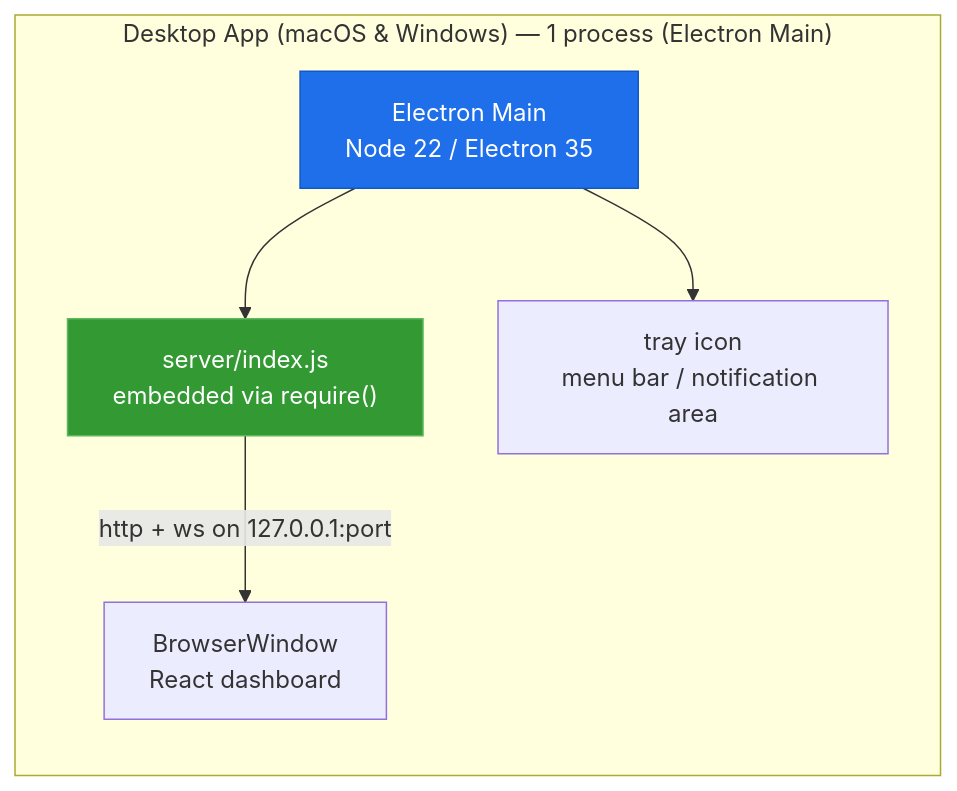
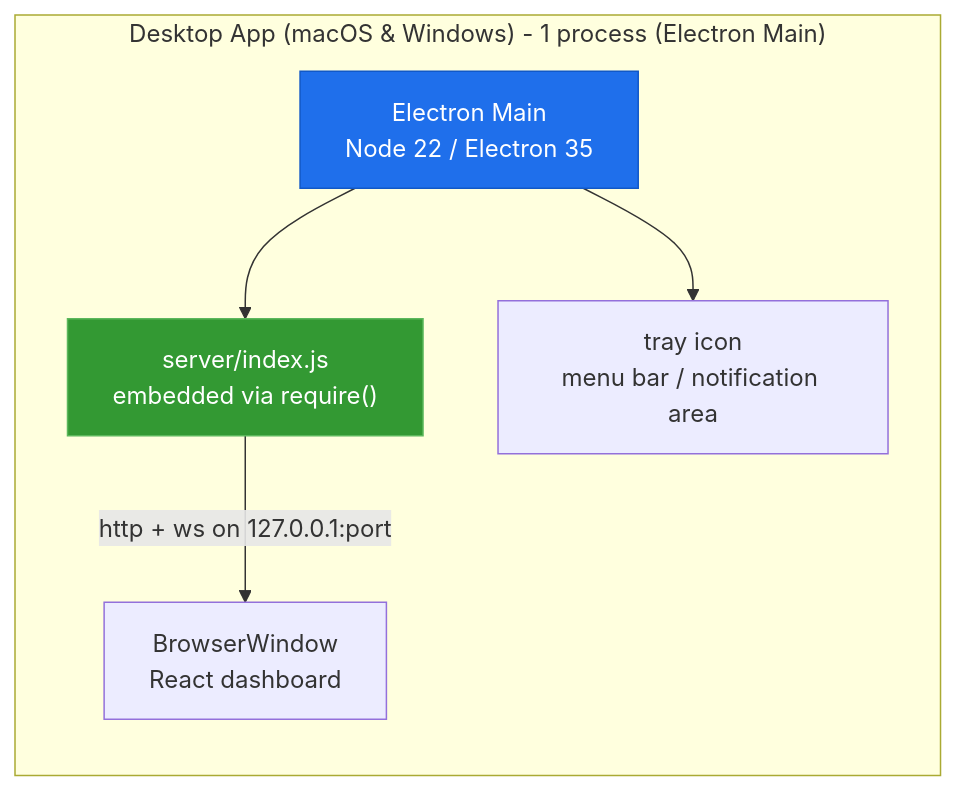
Diagram 23 of 25 in README-VN.md (MrZarrar/Jarvis-Sub-Agent-Dashboard), drawn with Mermaid before and after one commit. The commit also changed other lines of this file and 382 other files, not shown here.

````diff
--- a/README-VN.md
+++ b/README-VN.md
@@ -1764,15 +1764,15 @@
 ```mermaid
 flowchart LR
-    subgraph desktopmode["Desktop App (macOS & Windows) — 1 process (Electron Main)"]
+    subgraph desktopmode["Desktop App (macOS & Windows) - 1 process (Electron Main)"]
         MAIN["Electron Main<br/>Node 22 / Electron 35"]
         EMB["server/index.js<br/>embedded via require()"]
         WIN["BrowserWindow<br/>React dashboard"]
         TRAY["tray icon<br/>menu bar / notification area"]
         MAIN --> EMB
         MAIN --> TRAY
         EMB -->|"http + ws on 127.0.0.1:port"| WIN
     end
 
     style MAIN fill:#1f6feb,stroke:#1158c7,color:#fff
     style EMB fill:#339933,stroke:#5cb85c,color:#fff
 ```
````
